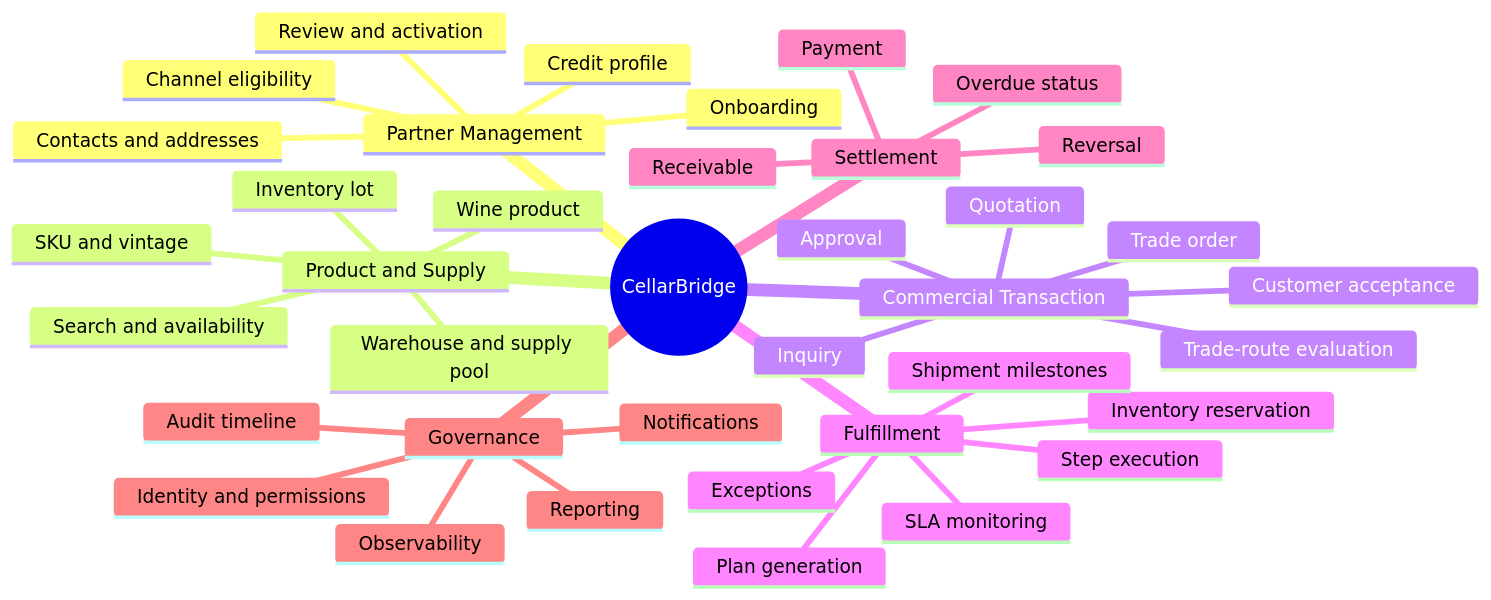
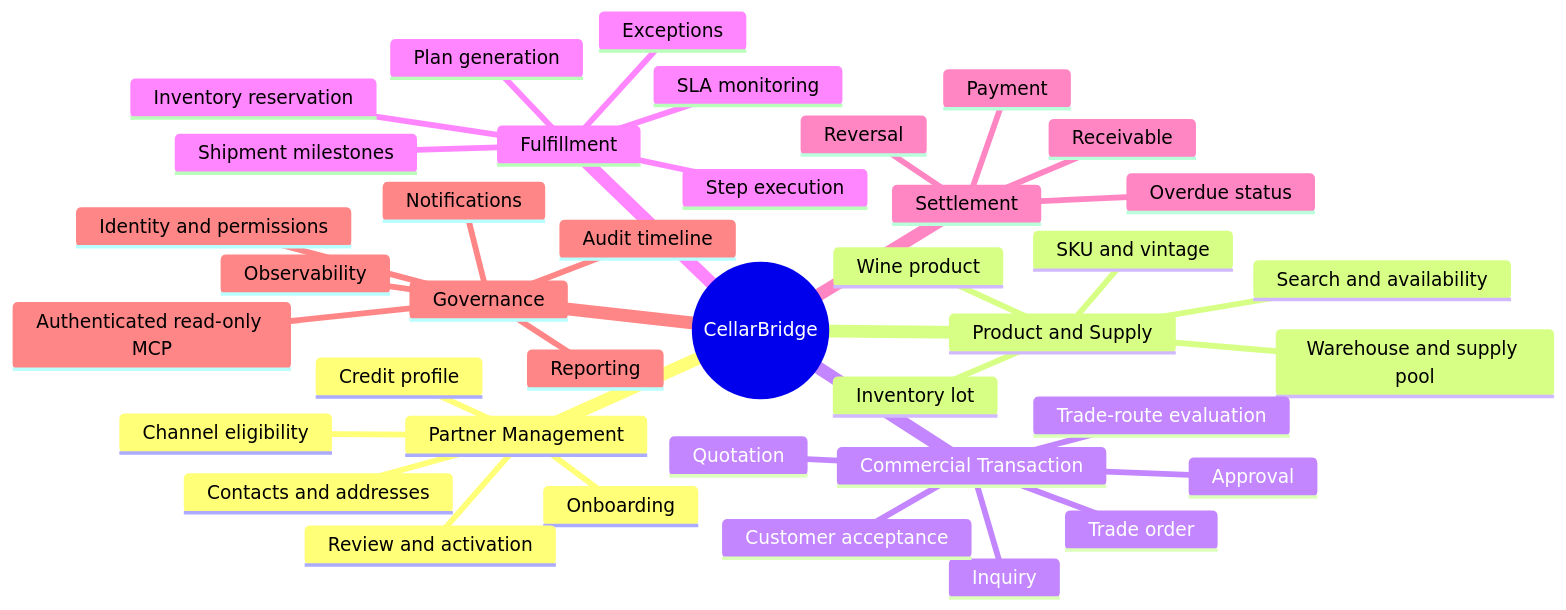
Before and after one commit to RomanticHW/cellarbridge-platform: the first of 2 diagrams in docs/01-product/03-capability-map.md, drawn with Mermaid. The commit also changed other lines of this file and 23 other files, not shown here.

````diff
--- a/docs/01-product/03-capability-map.md
+++ b/docs/01-product/03-capability-map.md
@@ -5,41 +5,42 @@
 ```mermaid
 mindmap
   root((CellarBridge))
     Partner Management
       Onboarding
       Review and activation
       Channel eligibility
       Credit profile
       Contacts and addresses
     Product and Supply
       Wine product
       SKU and vintage
       Warehouse and supply pool
       Inventory lot
       Search and availability
     Commercial Transaction
       Inquiry
       Quotation
       Trade-route evaluation
       Approval
       Customer acceptance
       Trade order
     Fulfillment
       Inventory reservation
       Plan generation
       Step execution
       Shipment milestones
       SLA monitoring
       Exceptions
     Settlement
       Receivable
       Payment
       Reversal
       Overdue status
     Governance
       Identity and permissions
       Audit timeline
       Notifications
       Reporting
       Observability
+      Authenticated read-only MCP
 ```
````
